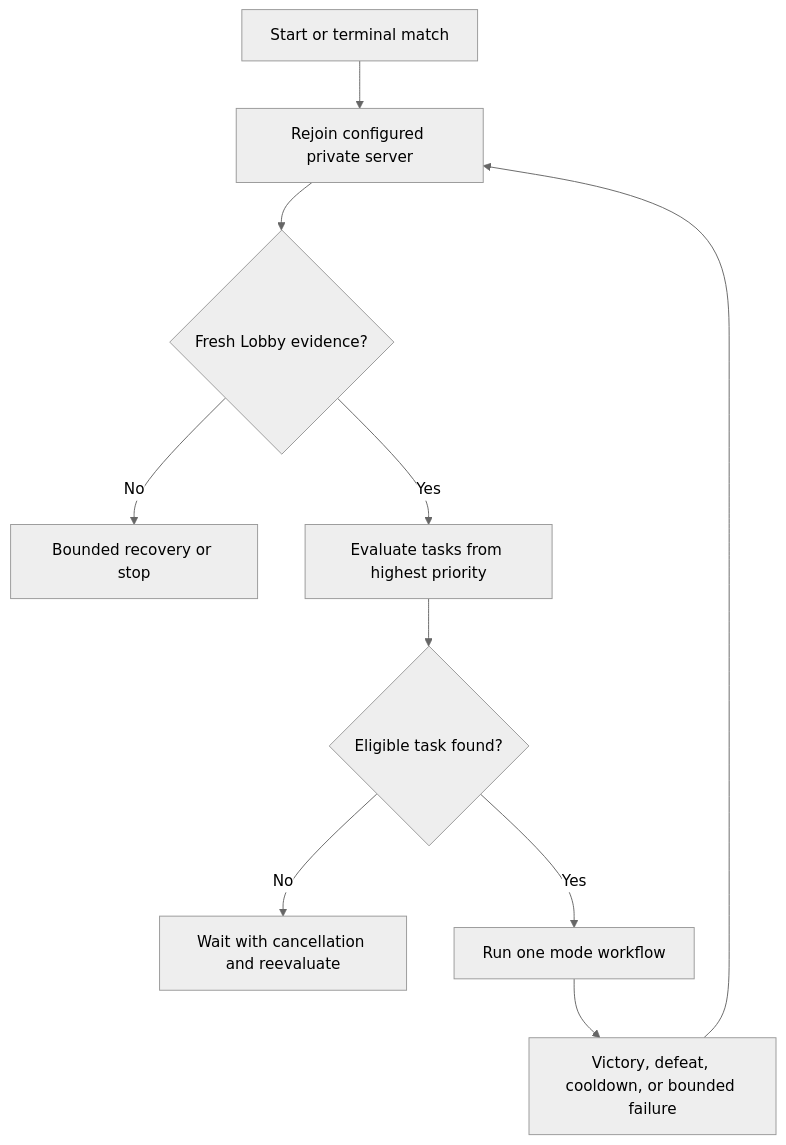
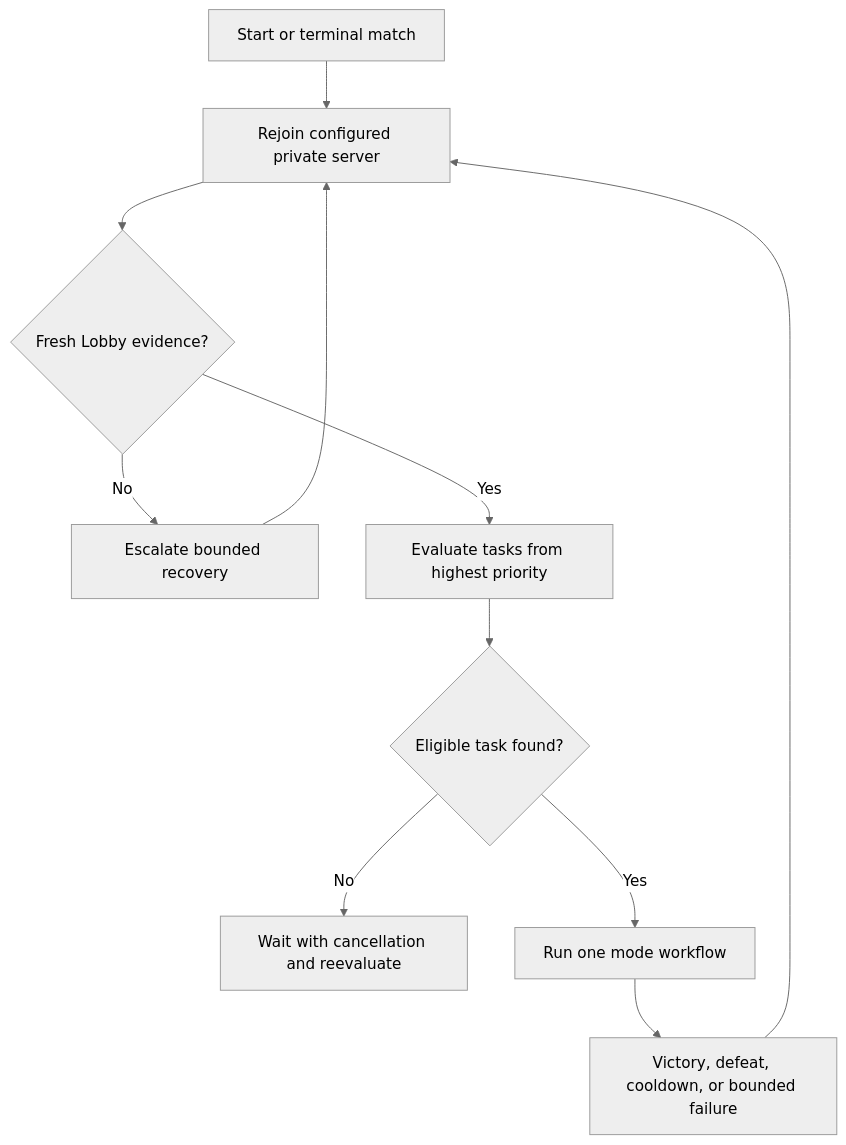
The diagram in docs/MACRO-ARCHITECTURE.md (LeniLilac/LilacMacro), drawn with Mermaid (neutral theme) before and after one commit. The commit also changed other lines of this file and 13 other files, not shown here.

````diff
--- a/docs/MACRO-ARCHITECTURE.md
+++ b/docs/MACRO-ARCHITECTURE.md
@@ -9,12 +9,13 @@
 ```mermaid
 flowchart TD
     A["Start or terminal match"] --> B["Rejoin configured private server"]
     B --> C{"Fresh Lobby evidence?"}
-    C -- "No" --> D["Bounded recovery or stop"]
+    C -- "No" --> D["Escalate bounded recovery"]
+    D --> B
     C -- "Yes" --> E["Evaluate tasks from highest priority"]
     E --> F{"Eligible task found?"}
     F -- "No" --> G["Wait with cancellation and reevaluate"]
     F -- "Yes" --> H["Run one mode workflow"]
     H --> I["Victory, defeat, cooldown, or bounded failure"]
     I --> B
 ```
````
